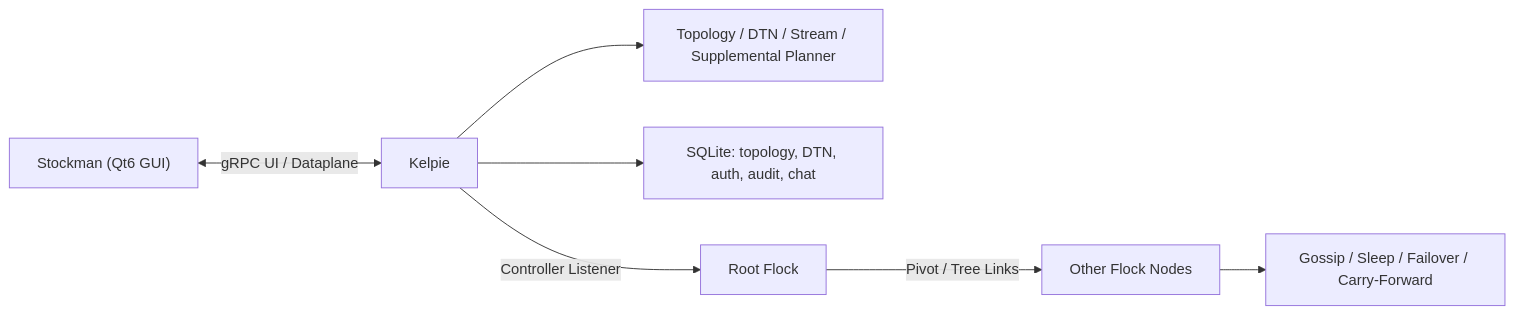
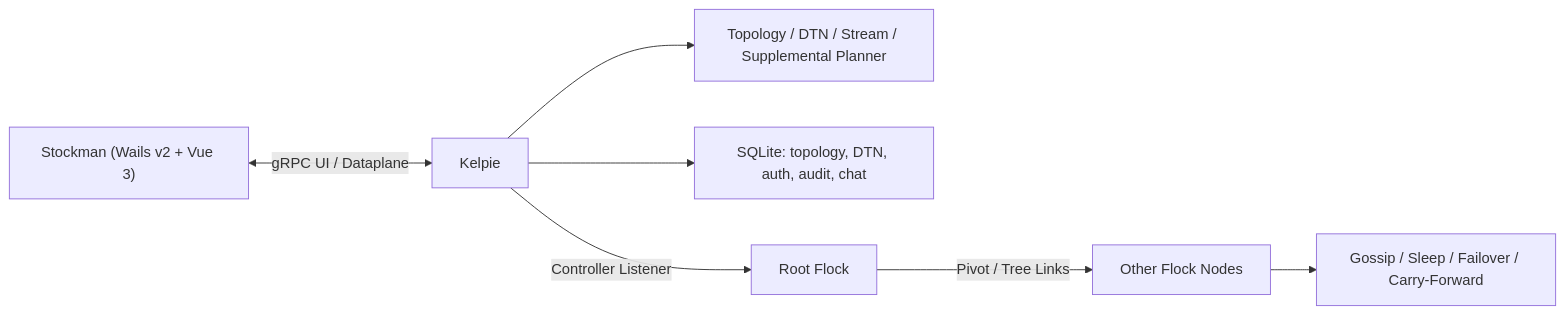
Before and after one commit to PurpleNewNew/Shepherd: the diagram in docs/architecture.md, drawn with Mermaid. The commit also changed other lines of this file and 194 other files, not shown here.

First line of the commit message:
[重构] Stockman 从 Qt6 C++ 重写为 Wails v2 + Vue3 + Vite

````diff
--- a/docs/architecture.md
+++ b/docs/architecture.md
@@ -51,9 +51,9 @@
 ```mermaid
 flowchart LR
-    UI["Stockman (Qt6 GUI)"] <-->|"gRPC UI / Dataplane"| K["Kelpie"]
+    UI["Stockman (Wails v2 + Vue 3)"] <-->|"gRPC UI / Dataplane"| K["Kelpie"]
     K --> CORE["Topology / DTN / Stream / Supplemental Planner"]
     K --> DB["SQLite: topology, DTN, auth, audit, chat"]
     K -->|"Controller Listener"| ROOT["Root Flock"]
     ROOT -->|"Pivot / Tree Links"| NODES["Other Flock Nodes"]
     NODES --> AGENT["Gossip / Sleep / Failover / Carry-Forward"]
 ```
````
